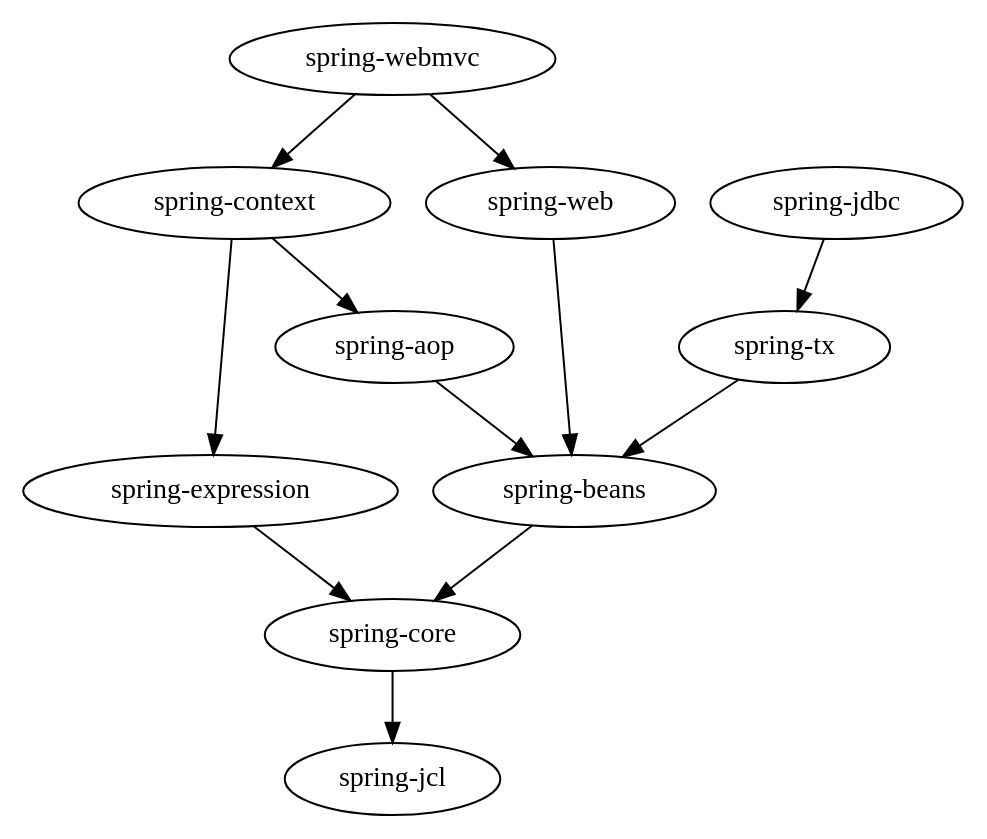
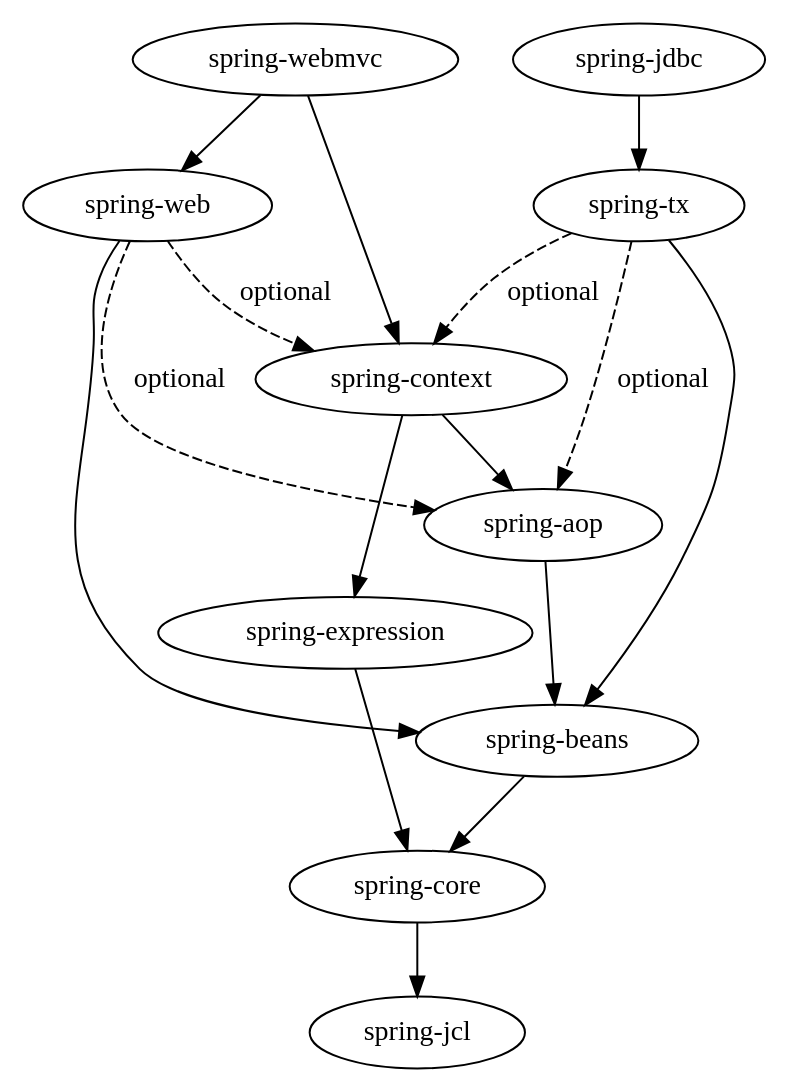
The first of 2 diagrams in docs/1、架构/架构.md (MoonChaserChen/Re0-Spring), drawn with PlantUML before and after one commit. The commit also changed 14 other files, not shown here.

````diff
--- a/docs/1、架构/架构.md
+++ b/docs/1、架构/架构.md
@@ -4,15 +4,19 @@
 ```plantuml
 digraph G {
     "spring-core" -> "spring-jcl"
     "spring-web" -> "spring-beans"
+    "spring-web" -> "spring-context" [label="optional" style="dashed"]
+    "spring-web" -> "spring-aop" [label="optional" style="dashed"]
     "spring-beans" -> "spring-core"
     "spring-webmvc" -> "spring-context"
     "spring-webmvc" -> "spring-web"
     "spring-aop" -> "spring-beans"
     "spring-context" -> "spring-aop"
     "spring-context" -> "spring-expression"
     "spring-expression" -> "spring-core"
     "spring-jdbc" -> "spring-tx"
     "spring-tx" -> "spring-beans"
+    "spring-tx" -> "spring-aop" [label="optional" style="dashed"]
+    "spring-tx" -> "spring-context" [label="optional" style="dashed"]
 }
 ```
````
